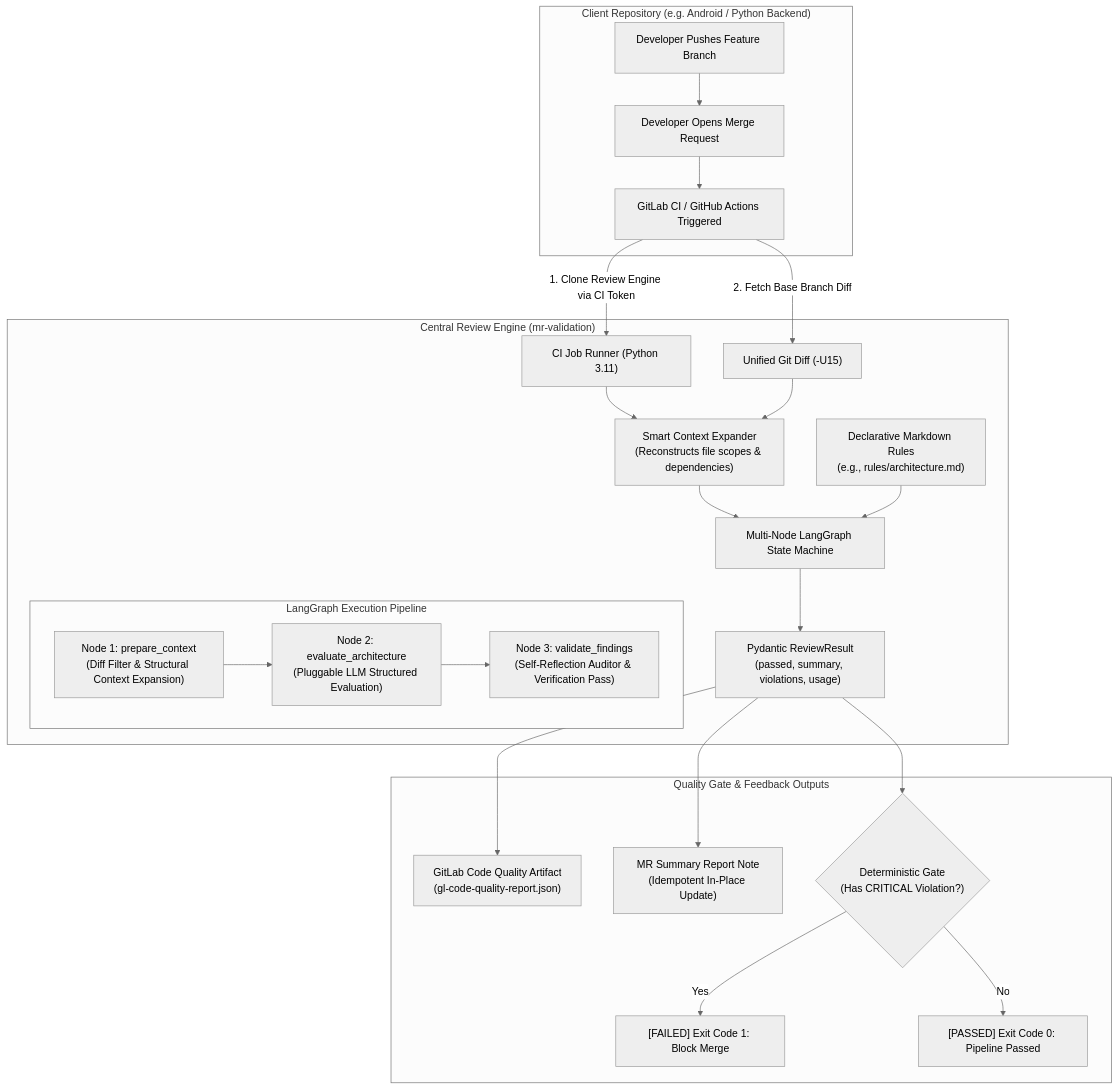
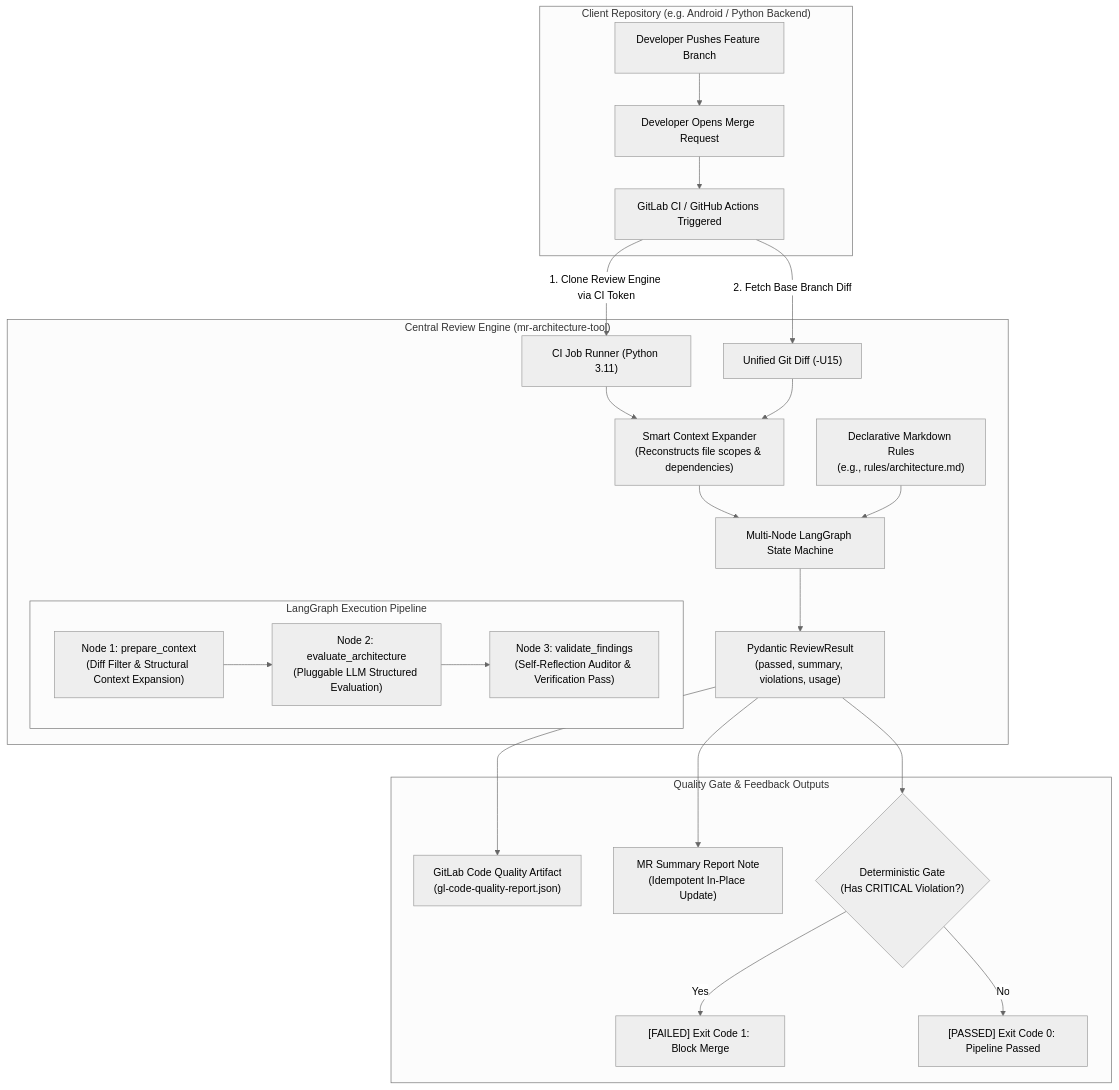
The first of 4 diagrams in README.md (DEBB2002/mr-validation), drawn with Mermaid (neutral theme) before and after one commit. The commit also changed other lines of this file, not shown here.

Commit message:
docs: update repository references to mr-architecture-tool in architecture diagrams and CI configuration

````diff
--- a/README.md
+++ b/README.md
@@ -49,33 +49,33 @@
 ```mermaid
 flowchart TD
     subgraph ClientRepo ["Client Repository (e.g. Android / Python Backend)"]
         Dev["Developer Pushes Feature Branch"] --> OpenMR["Developer Opens Merge Request"]
         OpenMR --> TriggerCI["GitLab CI / GitHub Actions Triggered"]
     end
 
-    subgraph CentralEngine ["Central Review Engine (mr-validation)"]
+    subgraph CentralEngine ["Central Review Engine (mr-architecture-tool)"]
         TriggerCI -->|"1. Clone Review Engine via CI Token"| Runner["CI Job Runner (Python 3.11)"]
         TriggerCI -->|"2. Fetch Base Branch Diff"| GitDiff["Unified Git Diff (-U15)"]
         
         Runner --> ContextEngine["Smart Context Expander\n(Reconstructs file scopes & dependencies)"]
         GitDiff --> ContextEngine
         
         ContextEngine --> StateMachine["Multi-Node LangGraph State Machine"]
         Ruleset["Declarative Markdown Rules\n(e.g., rules/architecture.md)"] --> StateMachine
 
         subgraph GraphNodes ["LangGraph Execution Pipeline"]
             N1["Node 1: prepare_context\n(Diff Filter & Structural Context Expansion)"] --> N2["Node 2: evaluate_architecture\n(Pluggable LLM Structured Evaluation)"]
             N2 --> N3["Node 3: validate_findings\n(Self-Reflection Auditor & Verification Pass)"]
         end
 
         StateMachine --> ResultSchema["Pydantic ReviewResult\n(passed, summary, violations, usage)"]
     end
 
     subgraph CIOutputs ["Quality Gate & Feedback Outputs"]
         ResultSchema --> CodeQuality["GitLab Code Quality Artifact\n(gl-code-quality-report.json)"]
         ResultSchema --> MRBot["MR Summary Report Note\n(Idempotent In-Place Update)"]
         ResultSchema --> QualityGate{"Deterministic Gate\n(Has CRITICAL Violation?)"}
         QualityGate -->|Yes| GateFail["[FAILED] Exit Code 1: Block Merge"]
         QualityGate -->|No| GatePass["[PASSED] Exit Code 0: Pipeline Passed"]
     end
 ```
````
